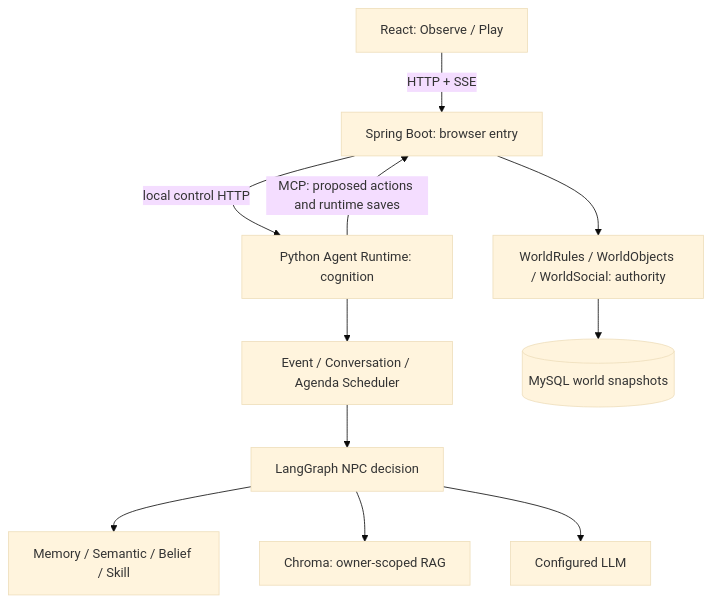
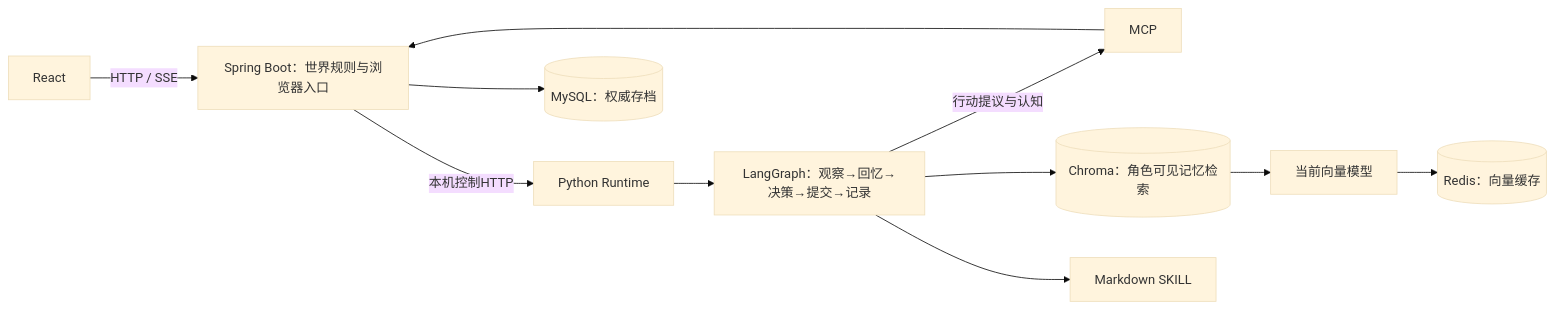
Before and after one commit to wb2467113791/NovelWorld: the diagram in README.md, drawn with Mermaid (base theme). The commit also changed other lines of this file and 119 other files, not shown here.

````diff
--- a/README.md
+++ b/README.md
@@ -27,13 +9,13 @@
 ```mermaid
-flowchart TD
-  UI[React: Observe / Play] -->|HTTP + SSE| J[Spring Boot: browser entry]
-  J -->|local control HTTP| P[Python Agent Runtime: cognition]
-  P --> S[Event / Conversation / Agenda Scheduler]
-  S --> G[LangGraph NPC decision]
-  G --> C[Memory / Semantic / Belief / Skill]
-  G --> R[Chroma: owner-scoped RAG]
-  G --> L[Configured LLM]
-  P -->|MCP: proposed actions and runtime saves| J
-  J --> W[WorldRules / WorldObjects / WorldSocial: authority]
-  W --> DB[(MySQL world snapshots)]
+flowchart LR
+  React -->|HTTP / SSE| Java[Spring Boot：世界规则与浏览器入口]
+  Java -->|本机控制HTTP| Python[Python Runtime]
+  Python --> Graph[LangGraph：观察→回忆→决策→提交→记录]
+  Graph -->|行动提议与认知| MCP[MCP]
+  MCP --> Java
+  Java --> MySQL[(MySQL：权威存档)]
+  Graph --> Chroma[(Chroma：角色可见记忆检索)]
+  Graph --> Skill[Markdown SKILL]
+  Chroma --> Embed[当前向量模型]
+  Embed --> Redis[(Redis：向量缓存)]
 ```
````
